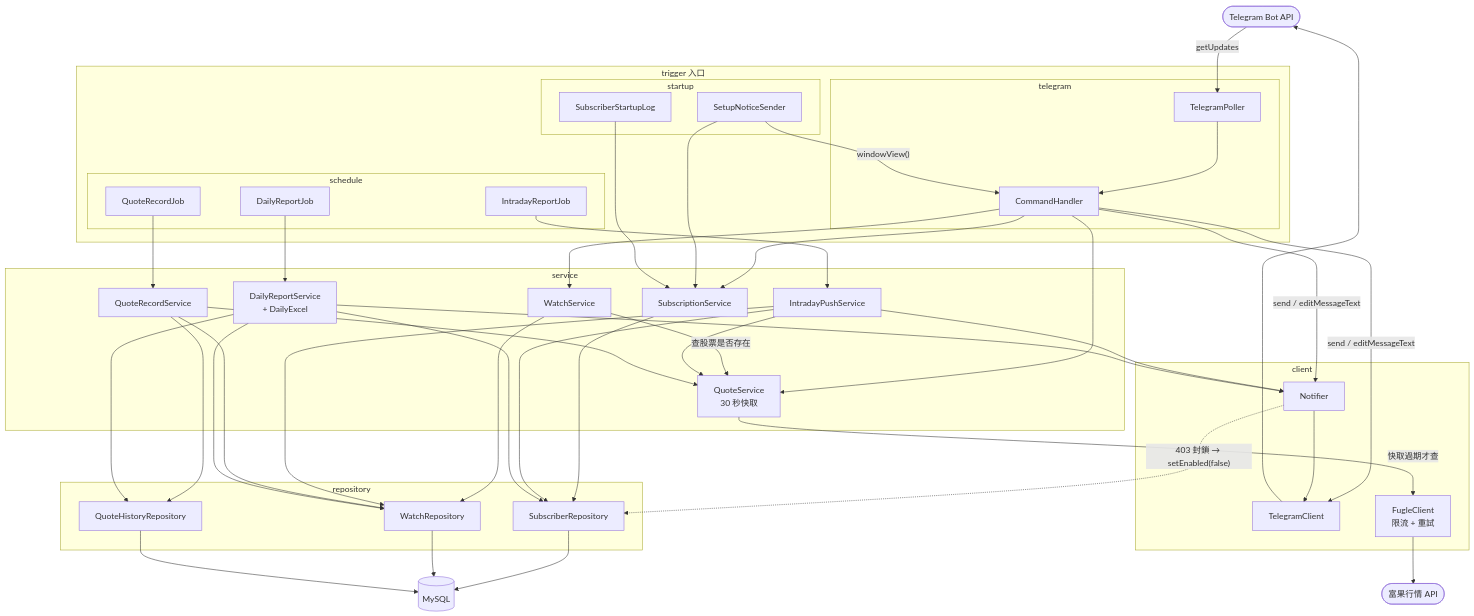
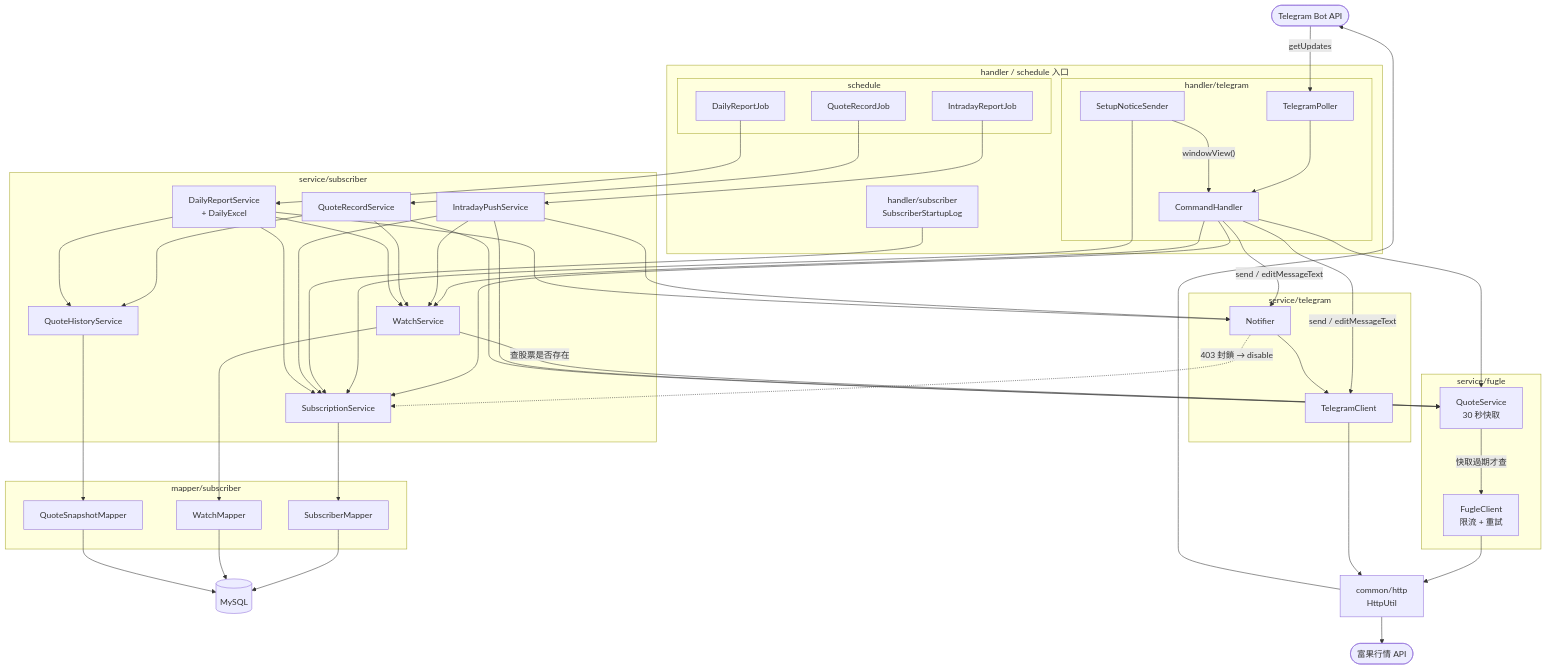
One commit to enochctcg/stock-bot-2 changed the first of 6 diagrams in docs/flow.md. Above: the diagram before and after it, drawn with Mermaid. The commit also changed other lines of this file and 98 other files, not shown here.

````diff
--- a/docs/flow.md
+++ b/docs/flow.md
@@ -21,65 +23,73 @@
 ```mermaid
 flowchart TB
     tg(["Telegram Bot API"])
     fugle(["富果行情 API"])
     db[("MySQL")]
 
-    subgraph trigger["trigger 入口"]
-        subgraph t_tg["telegram"]
+    subgraph entry["handler / schedule 入口"]
+        subgraph h_tg["handler/telegram"]
             poller["TelegramPoller"]
             handler["CommandHandler"]
+            notice["SetupNoticeSender"]
         end
-        subgraph t_sch["schedule"]
+        slog["handler/subscriber<br/>SubscriberStartupLog"]
+        subgraph sch["schedule"]
             job["IntradayReportJob"]
             rec["QuoteRecordJob"]
             daily["DailyReportJob"]
         end
-        subgraph t_up["startup"]
-            notice["SetupNoticeSender"]
-            slog["SubscriberStartupLog"]
-        end
     end
 
-    subgraph service["service"]
+    subgraph s_sub["service/subscriber"]
         subs["SubscriptionService"]
         watch["WatchService"]
-        qs["QuoteService<br/>30 秒快取"]
+        hist["QuoteHistoryService"]
         push["IntradayPushService"]
         recs["QuoteRecordService"]
         dailys["DailyReportService<br/>+ DailyExcel"]
     end
 
-    subgraph repo["repository"]
-        srepo["SubscriberRepository"]
-        wrepo["WatchRepository"]
-        hrepo["QuoteHistoryRepository"]
+    subgraph s_fugle["service/fugle"]
+        qs["QuoteService<br/>30 秒快取"]
+        fc["FugleClient<br/>限流 + 重試"]
     end
 
-    subgraph client["client"]
+    subgraph s_tg["service/telegram"]
         notifier["Notifier"]
         tclient["TelegramClient"]
-        fc["FugleClient<br/>限流 + 重試"]
     end
+
+    subgraph mapper["mapper/subscriber"]
+        smap["SubscriberMapper"]
+        wmap["WatchMapper"]
+        qmap["QuoteSnapshotMapper"]
+    end
+
+    http["common/http<br/>HttpUtil"]
 
     tg -- "getUpdates" --> poller --> handler
     handler --> subs & watch & qs
     handler -- "send / editMessageText" --> notifier & tclient
     notice -- "windowView()" --> handler
     notice --> subs
     slog --> subs
     job --> push
     rec --> recs
     daily --> dailys
 
-    subs --> srepo
-    watch --> wrepo
     watch -- "查股票是否存在" --> qs
-    push --> srepo & wrepo & qs & notifier
-    recs --> wrepo & qs & hrepo
-    dailys --> srepo & wrepo & hrepo & notifier
+    push --> subs & watch & qs & notifier
+    recs --> watch & qs & hist
+    dailys --> subs & watch & hist & notifier
+    notifier -. "403 封鎖 → disable" .-> subs
 
-    qs -- "快取過期才查" --> fc --> fugle
-    notifier --> tclient --> tg
-    notifier -. "403 封鎖 → setEnabled(false)" .-> srepo
-    srepo & wrepo & hrepo --> db
+    subs --> smap
+    watch --> wmap
+    hist --> qmap
+    smap & wmap & qmap --> db
+
+    qs -- "快取過期才查" --> fc
+    notifier --> tclient
+    fc & tclient --> http
+    http --> fugle & tg
 ```
````
